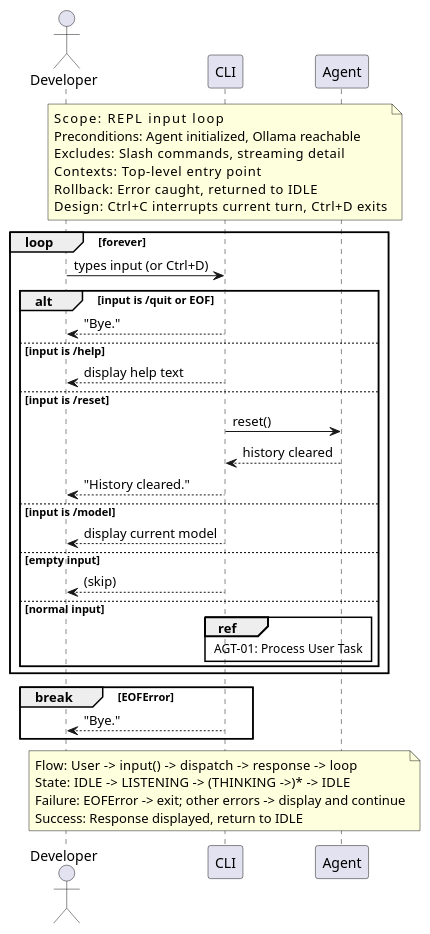
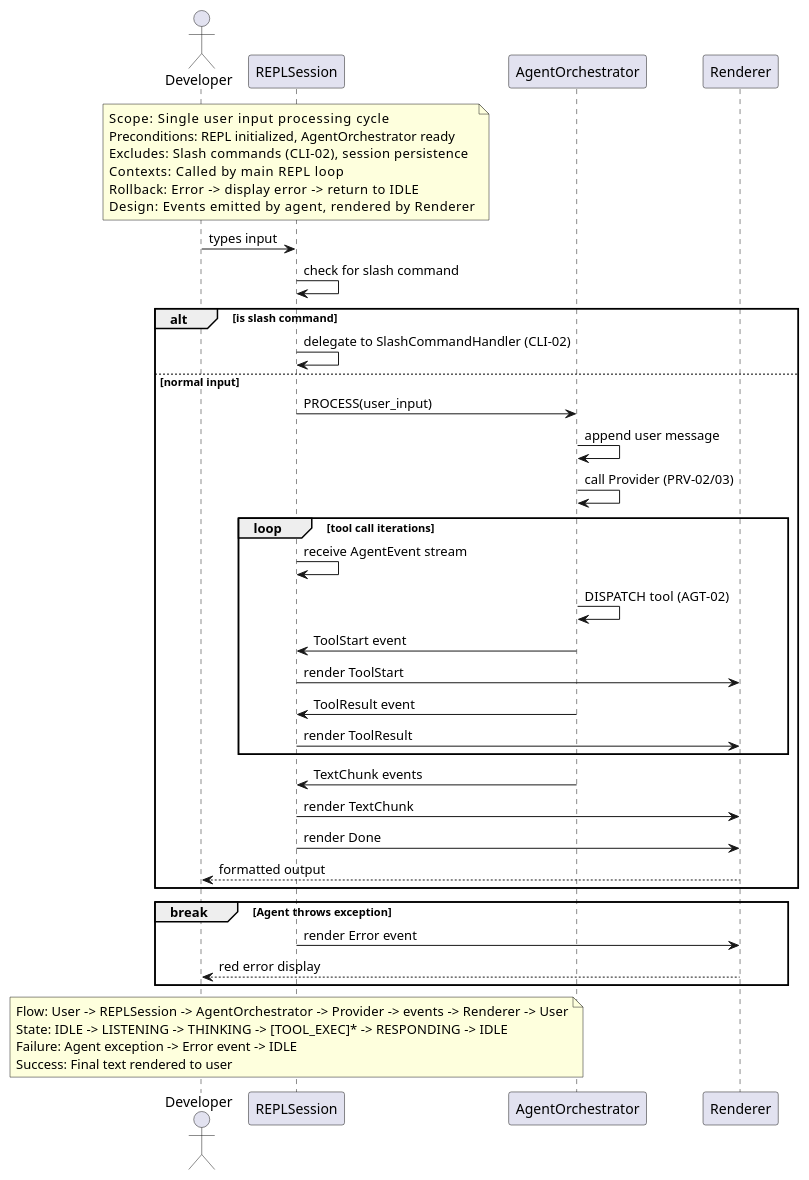
One commit to salimnamvar/nasim changed the diagram in docs/sq/CLI/sq_cli01_process_user_input.puml. Above: the diagram before and after it, drawn with PlantUML. The commit also changed 72 other files, not shown here.

```diff
--- a/docs/sq/CLI/sq_cli01_process_user_input.puml
+++ b/docs/sq/CLI/sq_cli01_process_user_input.puml
@@ -1,62 +1,66 @@
 @startuml sq_cli01_process_user_input
 ' ============================================================
-' Title:     CLI-01 — Process User Input
+' Title:     CLI-01 — PROCESS User Input
 ' Boundary:  nasim code agent CLI
-' Purpose:   REPL loop: read input, dispatch, display output
-' Milestone: v0.1
-' Version:   1.0.0
-' Source:    —
-' Review:    docs/audit/audit_2026-06-20_design-chain.md
+' Purpose:   REPL input loop delegates to agent and renders output
+' Milestone: v1.0
+' Version:   2.0.0
+' Source:    docs/audit/audit_2026-06-20_capability-and-architecture.md
+' Review:    —
 ' ============================================================
 
 actor "Developer" as user
-participant "CLI" as cli
-participant "Agent" as agent
+participant "REPLSession" as repl
+participant "AgentOrchestrator" as agent
+participant "Renderer" as renderer
 
-box "CLI (cli.py)" #E8F5E9
+box "CLI Layer" #E8F5E9
 end box
-box "Agent Core (agent.py)" #E3F2FD
+box "Agent Layer" #E3F2FD
 end box
 
-note over cli
-  Scope:          REPL input loop
-  Preconditions:  Agent initialized, Ollama reachable
-  Excludes:       Slash commands, streaming detail
-  Contexts:       Top-level entry point
-  Rollback:       Error caught, returned to IDLE
-  Design:         Ctrl+C interrupts current turn, Ctrl+D exits
+note over repl
+  Scope:          Single user input processing cycle
+  Preconditions:  REPL initialized, AgentOrchestrator ready
+  Excludes:       Slash commands (CLI-02), session persistence
+  Contexts:       Called by main REPL loop
+  Rollback:       Error -> display error -> return to IDLE
+  Design:         Events emitted by agent, rendered by Renderer
 end note
 
-loop forever
-    user -> cli : types input (or Ctrl+D)
-    alt input is /quit or EOF
-        cli --> user : "Bye."
-    else input is /help
-        cli --> user : display help text
-    else input is /reset
-        cli -> agent : reset()
-        agent --> cli : history cleared
-        cli --> user : "History cleared."
-    else input is /model
-        cli --> user : display current model
-    else empty input
-        cli --> user : (skip)
-    else normal input
-        ref over cli, agent
-          AGT-01: Process User Task
-        end ref
+user -> repl : types input
+repl -> repl : check for slash command
+
+alt is slash command
+    repl -> repl : delegate to SlashCommandHandler (CLI-02)
+else normal input
+    repl -> agent : PROCESS(user_input)
+    agent -> agent : append user message
+    agent -> agent : call Provider (PRV-02/03)
+    loop tool call iterations
+        repl -> repl : receive AgentEvent stream
+        agent -> agent : DISPATCH tool (AGT-02)
+        agent -> repl : ToolStart event
+        repl -> renderer : render ToolStart
+        agent -> repl : ToolResult event
+        repl -> renderer : render ToolResult
     end
+    agent -> repl : TextChunk events
+    repl -> renderer : render TextChunk
+    repl -> renderer : render Done
+    renderer --> user : formatted output
 end
 
-break EOFError
-    cli --> user : "Bye."
+break Agent throws exception
+    repl -> renderer : render Error event
+    renderer --> user : red error display
 end
 
-note over cli
-  Flow:    User -> input() -> dispatch -> response -> loop
-  State:   IDLE -> LISTENING -> (THINKING ->)* -> IDLE
-  Failure: EOFError -> exit; other errors -> display and continue
-  Success: Response displayed, return to IDLE
+note over repl
+  Flow:    User -> REPLSession -> AgentOrchestrator -> Provider -> events -> Renderer -> User
+  State:   IDLE -> LISTENING -> THINKING -> [TOOL_EXEC]* -> RESPONDING -> IDLE
+  Failure: Agent exception -> Error event -> IDLE
+  Success: Final text rendered to user
 end note
 
 @enduml
```
